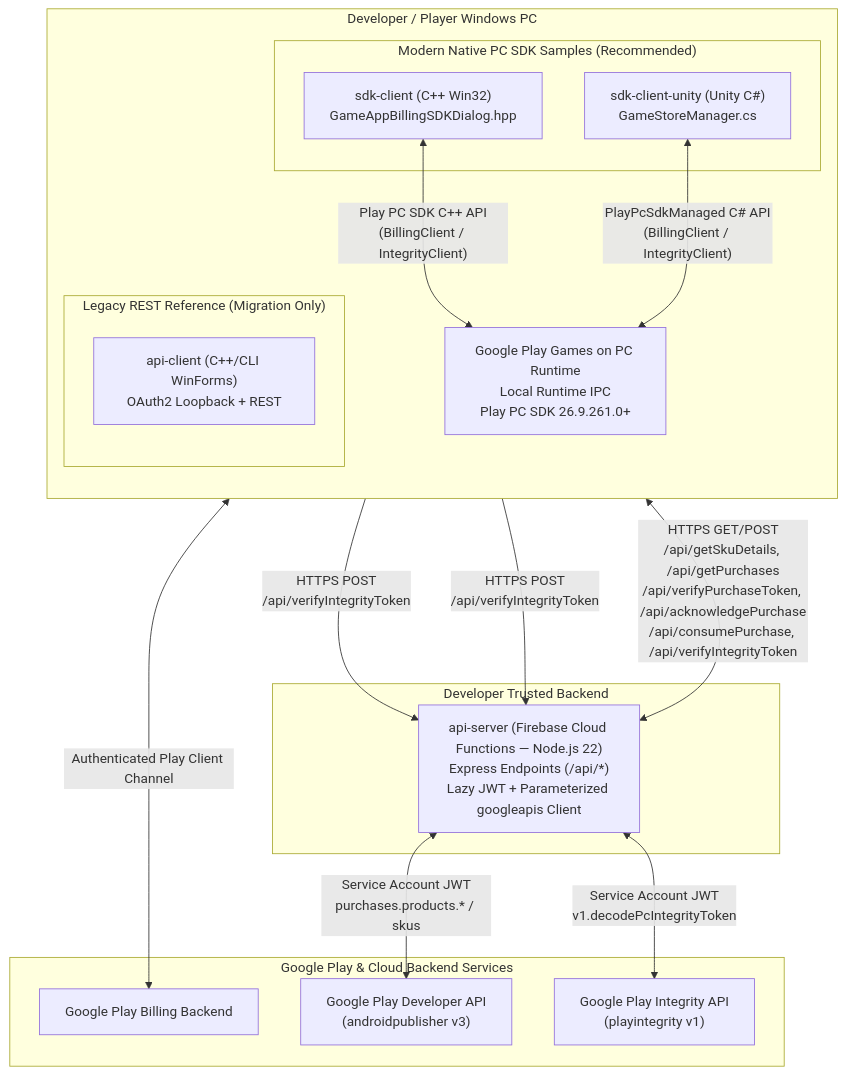
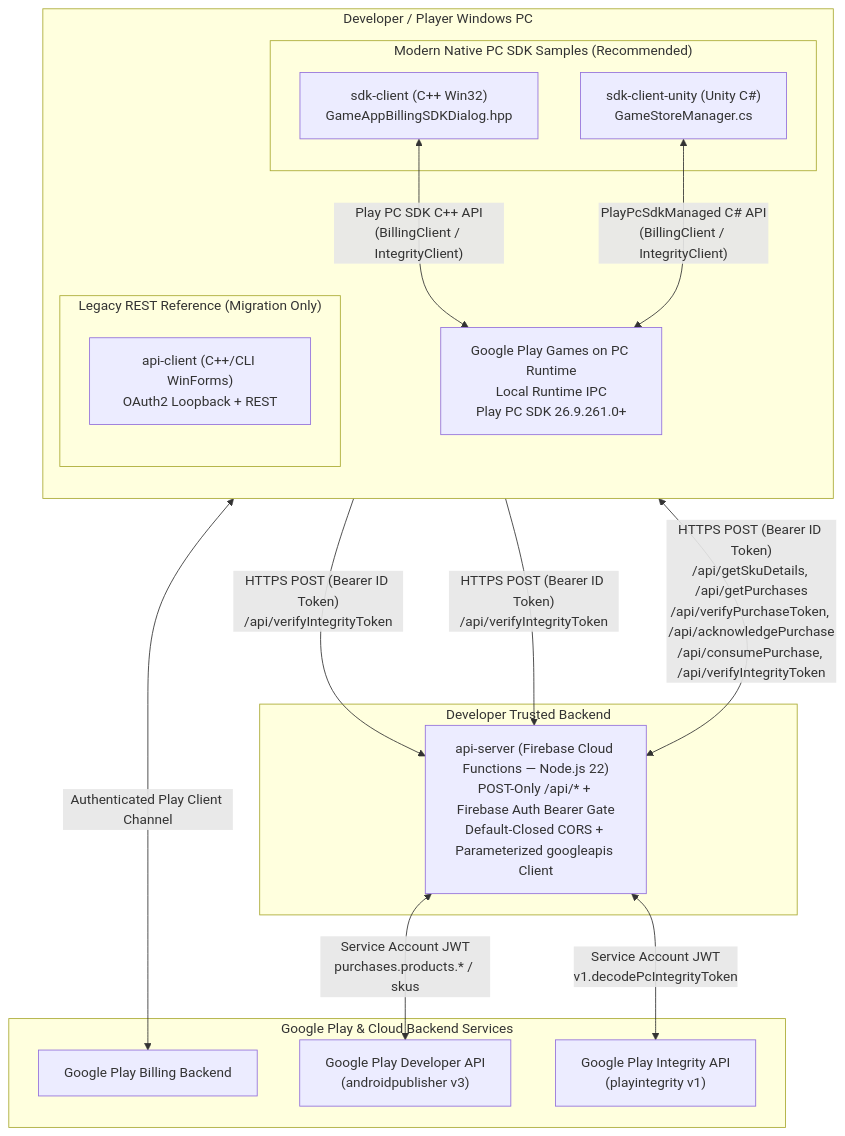
Before and after one commit to playgameservices/native-pc-sdk-sample: the diagram in docs/DESIGN.md, drawn with Mermaid. The commit also changed other lines of this file and 37 other files, not shown here.

````diff
--- a/docs/DESIGN.md
+++ b/docs/DESIGN.md
@@ -21,37 +21,37 @@
 ```mermaid
 flowchart TB
     subgraph ClientMachine["Developer / Player Windows PC"]
         direction TB
         subgraph ModernClients["Modern Native PC SDK Samples (Recommended)"]
             CPP["sdk-client (C++ Win32)<br/>GameAppBillingSDKDialog.hpp"]
             UNITY["sdk-client-unity (Unity C#)<br/>GameStoreManager.cs"]
         end
 
         subgraph LegacyClient["Legacy REST Reference (Migration Only)"]
             APICLIENT["api-client (C++/CLI WinForms)<br/>OAuth2 Loopback + REST"]
         end
 
         GPG["Google Play Games on PC Runtime<br/>Local Runtime IPC<br/>Play PC SDK 26.9.261.0+"]
     end
 
     subgraph DeveloperBackend["Developer Trusted Backend"]
-        APISERVER["api-server (Firebase Cloud Functions — Node.js 22)<br/>Express Endpoints (/api/*)<br/>Lazy JWT + Parameterized googleapis Client"]
+        APISERVER["api-server (Firebase Cloud Functions — Node.js 22)<br/>POST-Only /api/* + Firebase Auth Bearer Gate<br/>Default-Closed CORS + Parameterized googleapis Client"]
     end
 
     subgraph GoogleCloud["Google Play & Cloud Backend Services"]
         PLAYBILLING["Google Play Billing Backend"]
         PUBLISHER["Google Play Developer API<br/>(androidpublisher v3)"]
         INTEGRITY["Google Play Integrity API<br/>(playintegrity v1)"]
     end
 
     CPP <-->|"Play PC SDK C++ API<br/>(BillingClient / IntegrityClient)"| GPG
     UNITY <-->|"PlayPcSdkManaged C# API<br/>(BillingClient / IntegrityClient)"| GPG
     GPG <-->|"Authenticated Play Client Channel"| PLAYBILLING
 
-    CPP -->|"HTTPS POST<br/>/api/verifyIntegrityToken"| APISERVER
-    UNITY -->|"HTTPS POST<br/>/api/verifyIntegrityToken"| APISERVER
-    APICLIENT <-->|"HTTPS GET/POST<br/>/api/getSkuDetails, /api/getPurchases<br/>/api/verifyPurchaseToken, /api/acknowledgePurchase<br/>/api/consumePurchase, /api/verifyIntegrityToken"| APISERVER
+    CPP -->|"HTTPS POST (Bearer ID Token)<br/>/api/verifyIntegrityToken"| APISERVER
+    UNITY -->|"HTTPS POST (Bearer ID Token)<br/>/api/verifyIntegrityToken"| APISERVER
+    APICLIENT <-->|"HTTPS POST (Bearer ID Token)<br/>/api/getSkuDetails, /api/getPurchases<br/>/api/verifyPurchaseToken, /api/acknowledgePurchase<br/>/api/consumePurchase, /api/verifyIntegrityToken"| APISERVER
 
     APISERVER <-->|"Service Account JWT<br/>purchases.products.* / skus"| PUBLISHER
     APISERVER <-->|"Service Account JWT<br/>v1.decodePcIntegrityToken"| INTEGRITY
 ```
````
